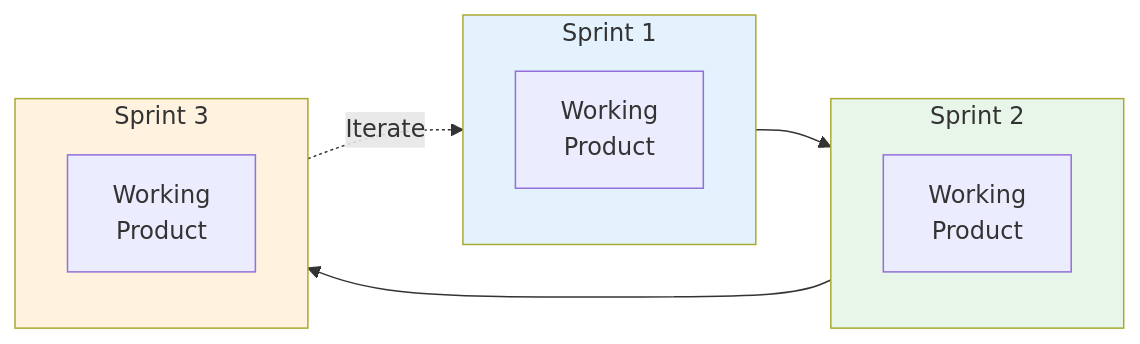
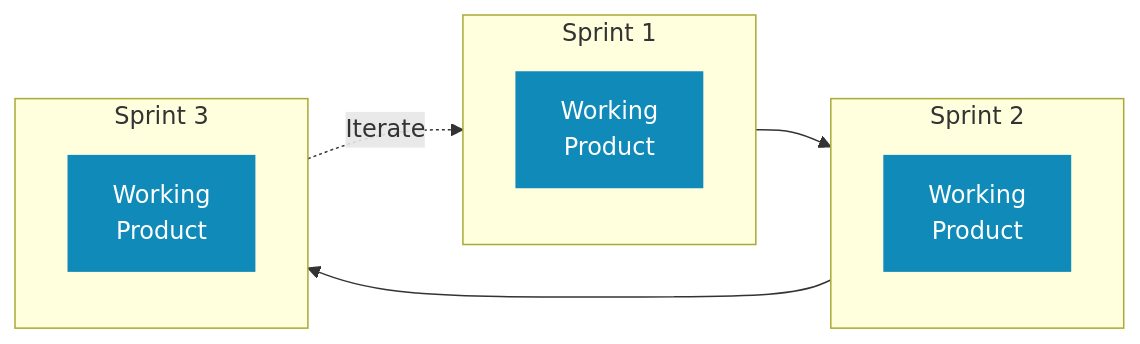
The second of 3 diagrams in _pages/methodologies/waterfall-vs-agile.md (kevinmcaleer/kevstemplates.com), drawn with Mermaid before and after one commit. The commit also changed other lines of this file and 72 other files, not shown here.

```diff
--- a/_pages/methodologies/waterfall-vs-agile.md
+++ b/_pages/methodologies/waterfall-vs-agile.md
@@ -83,18 +79,17 @@
 <div class="mermaid">
 flowchart LR
     subgraph S1[Sprint 1]
         W1[Working\nProduct]
     end
     subgraph S2[Sprint 2]
         W2[Working\nProduct]
     end
     subgraph S3[Sprint 3]
         W3[Working\nProduct]
     end
     S1 --> S2 --> S3
     S3 -.->|Iterate| S1
 
-    style S1 fill:#e3f2fd
-    style S2 fill:#e8f5e9
-    style S3 fill:#fff3e0
+    classDef blue fill:#108BB9,stroke:none,color:#fff
+    class W1,W2,W3 blue
 </div>
```
